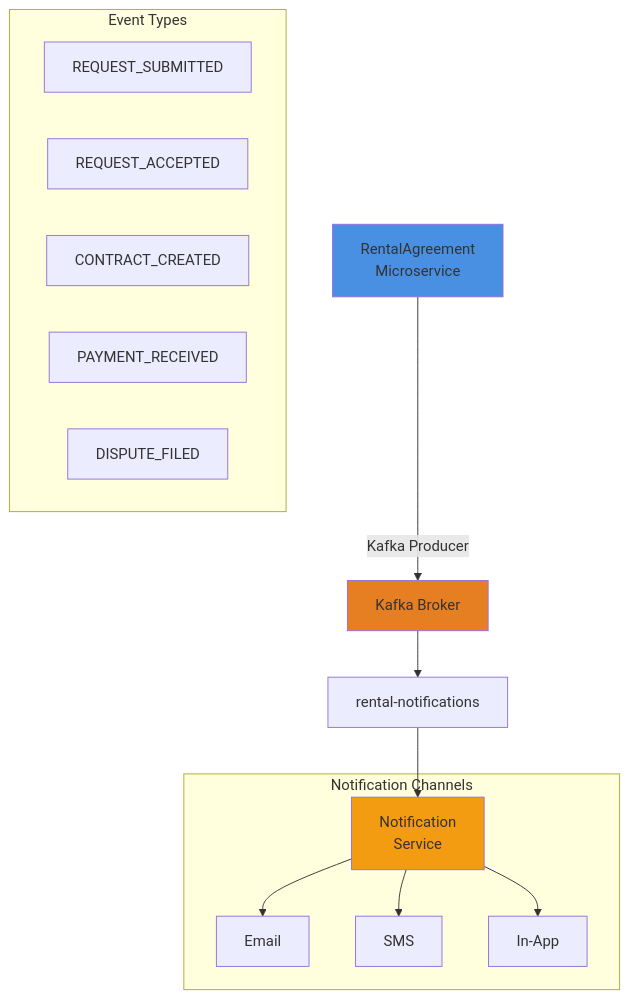
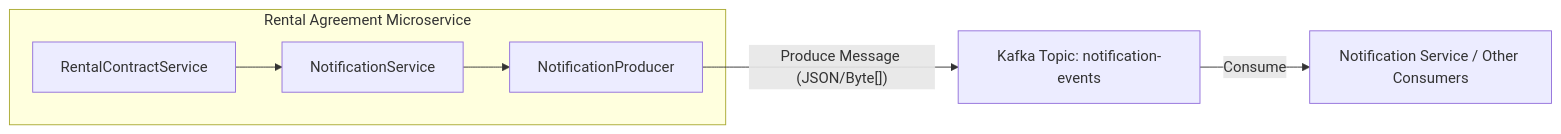
One commit to JunaidUthman/Rental-Agreement-Microservice-V2 changed the fourth of 4 diagrams in README.md. Above: the diagram before and after it, drawn with Mermaid. The commit also changed other lines of this file, not shown here.

````diff
--- a/README.md
+++ b/README.md
@@ -479,26 +403,11 @@
 ```mermaid
-graph TB
-    RA[RentalAgreement<br/>Microservice] -->|Kafka Producer| KAFKA[Kafka Broker]
-    
-    KAFKA --> TOPIC1[rental-notifications]
-    
-    TOPIC1 --> NS[Notification<br/>Service]
-    
-    subgraph "Event Types"
-        E1[REQUEST_SUBMITTED]
-        E2[REQUEST_ACCEPTED]
-        E3[CONTRACT_CREATED]
-        E4[PAYMENT_RECEIVED]
-        E5[DISPUTE_FILED]
+graph LR
+    subgraph "Rental Agreement Microservice"
+        RA[RentalContractService] --> NS[NotificationService]
+        NS --> NP[NotificationProducer]
     end
     
-    subgraph "Notification Channels"
-        NS --> EMAIL[Email]
-        NS --> SMS[SMS]
-        NS --> APP[In-App]
-    end
-
-    style RA fill:#4A90E2
-    style KAFKA fill:#E67E22
-    style NS fill:#F39C12
+    NP -- "Produce Message (JSON/Byte[])" --> KTopic["Kafka Topic: notification-events"]
+    
+    KTopic -- "Consume" --> OtherServices["Notification Service / Other Consumers"]
 ```
````
